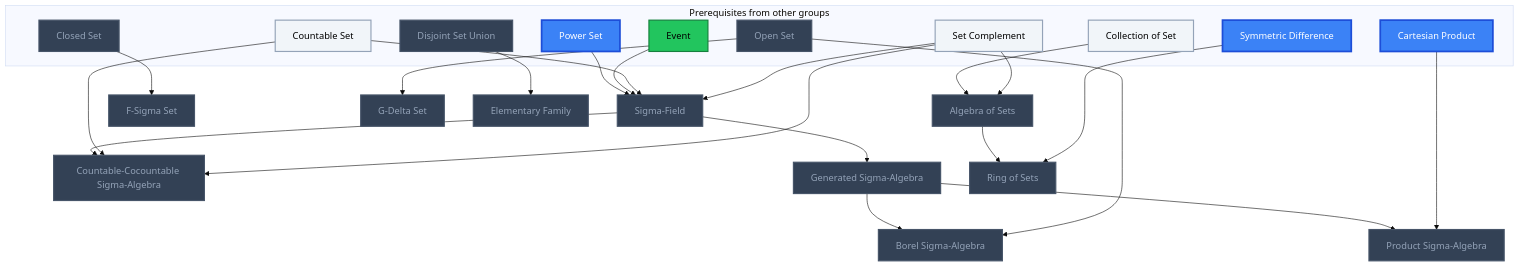
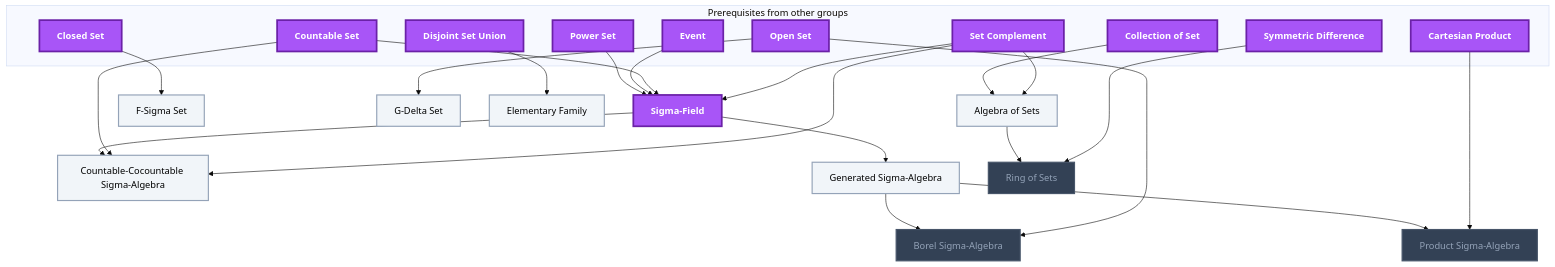
The eighth of 13 diagrams in Gamification/Skill Trees/Measure Theory.md (MRauf1/My-Notes), drawn with Mermaid (base theme) before and after one commit. The commit also changed other lines of this file and 145 other files, not shown here.

````diff
--- a/Gamification/Skill Trees/Measure Theory.md
+++ b/Gamification/Skill Trees/Measure Theory.md
@@ -239,58 +246,57 @@
 ```mermaid
 flowchart TD
     classDef planned fill:#1E293B,stroke:#64748B,stroke-width:2px,stroke-dasharray:5 5,color:#94A3B8;
     classDef locked fill:#334155,stroke:#475569,stroke-width:2px,color:#94A3B8;
     classDef L0 fill:#F1F5F9,stroke:#94A3B8,stroke-width:2px,color:#000000;
     classDef L1 fill:#22C55E,stroke:#15803D,stroke-width:2px,color:#000000;
     classDef L2 fill:#3B82F6,stroke:#1D4ED8,stroke-width:3px,color:#FFFFFF;
     classDef L3 fill:#A855F7,stroke:#6B21A8,stroke-width:3px,color:#FFFFFF,font-weight:bold;
     classDef L4 fill:#F97316,stroke:#C2410C,stroke-width:4px,color:#000000,font-weight:bold;
     classDef L5 fill:#FFD700,stroke:#FF8C00,stroke-width:5px,color:#000000,font-weight:bold;
     classDef rusty stroke:#8B4513,stroke-width:4px,stroke-dasharray:3 3;
     subgraph sg_prereqs["Prerequisites from other groups"]
         n_collection_of_set["Collection of Set"]
         n_countable_set["Countable Set"]
         n_closed_set["Closed Set"]
         n_open_set["Open Set"]
         n_cartesian_product["Cartesian Product"]
         n_disjoint_set_union["Disjoint Set Union"]
         n_symmetric_difference["Symmetric Difference"]
         n_power_set["Power Set"]
         n_event["Event"]
         n_set_complement["Set Complement"]
     end
     n_algebra_of_sets["Algebra of Sets"]
     n_countable_cocountable_sigma_algebra["Countable-Cocountable Sigma-Algebra"]
     n_generated_sigma_algebra["Generated Sigma-Algebra"]
     n_f_sigma_set["F-Sigma Set"]
     n_g_delta_set["G-Delta Set"]
     n_borel_sigma_algebra["Borel Sigma-Algebra"]
     n_product_sigma_algebra["Product Sigma-Algebra"]
     n_elementary_family["Elementary Family"]
     n_ring_of_sets["Ring of Sets"]
     n_sigma_field["Sigma-Field"]
     n_collection_of_set --> n_algebra_of_sets
     n_sigma_field --> n_countable_cocountable_sigma_algebra
     n_countable_set --> n_countable_cocountable_sigma_algebra
     n_sigma_field --> n_generated_sigma_algebra
     n_closed_set --> n_f_sigma_set
     n_open_set --> n_g_delta_set
     n_generated_sigma_algebra --> n_borel_sigma_algebra
     n_open_set --> n_borel_sigma_algebra
     n_generated_sigma_algebra --> n_product_sigma_algebra
     n_cartesian_product --> n_product_sigma_algebra
     n_disjoint_set_union --> n_elementary_family
     n_algebra_of_sets --> n_ring_of_sets
     n_symmetric_difference --> n_ring_of_sets
     n_power_set --> n_sigma_field
     n_event --> n_sigma_field
     n_countable_set --> n_sigma_field
     n_set_complement --> n_algebra_of_sets
     n_set_complement --> n_countable_cocountable_sigma_algebra
     n_set_complement --> n_sigma_field
-    class n_closed_set,n_open_set,n_disjoint_set_union,n_algebra_of_sets,n_countable_cocountable_sigma_algebra,n_generated_sigma_algebra,n_f_sigma_set,n_g_delta_set,n_borel_sigma_algebra,n_product_sigma_algebra,n_elementary_family,n_ring_of_sets,n_sigma_field locked;
-    class n_collection_of_set,n_countable_set,n_set_complement L0;
-    class n_event L1;
-    class n_cartesian_product,n_symmetric_difference,n_power_set L2;
+    class n_borel_sigma_algebra,n_product_sigma_algebra,n_ring_of_sets locked;
+    class n_algebra_of_sets,n_countable_cocountable_sigma_algebra,n_generated_sigma_algebra,n_f_sigma_set,n_g_delta_set,n_elementary_family L0;
+    class n_collection_of_set,n_countable_set,n_closed_set,n_open_set,n_cartesian_product,n_disjoint_set_union,n_symmetric_difference,n_power_set,n_event,n_set_complement,n_sigma_field L3;
     class n_collection_of_set,n_countable_set,n_closed_set,n_open_set,n_cartesian_product,n_disjoint_set_union,n_symmetric_difference,n_power_set,n_event,n_set_complement,n_algebra_of_sets,n_countable_cocountable_sigma_algebra,n_generated_sigma_algebra,n_f_sigma_set,n_g_delta_set,n_borel_sigma_algebra,n_product_sigma_algebra,n_elementary_family,n_ring_of_sets,n_sigma_field internal-link;
 ```
````
